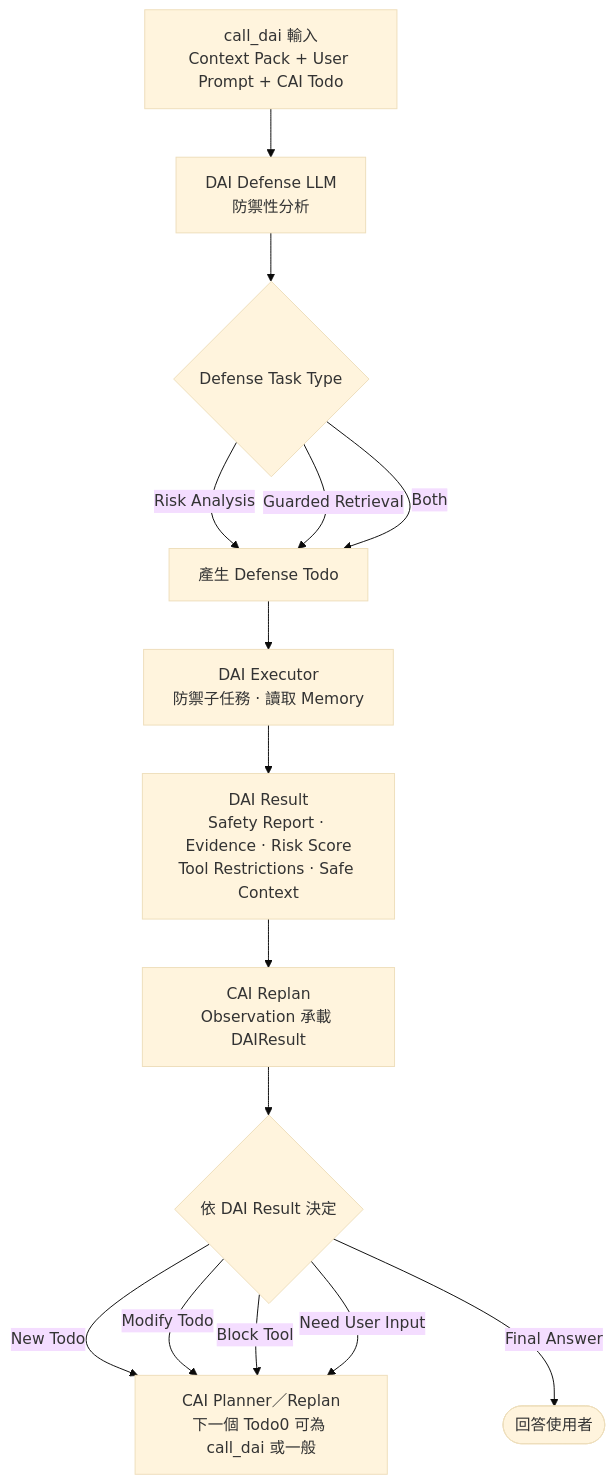
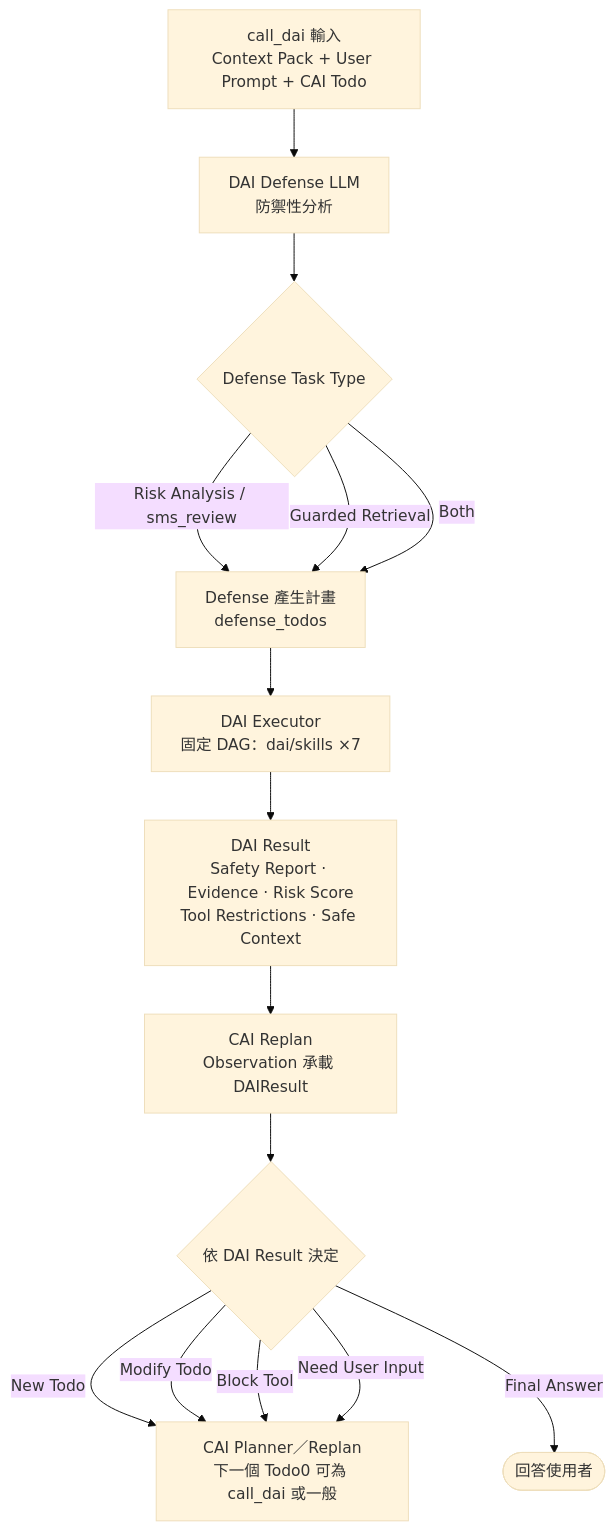
One commit to jayterry/Dual-agent changed the third of 5 diagrams in flow.md. Above: the diagram before and after it, drawn with Mermaid (base theme). The commit also changed 64 other files, not shown here.

First line of the commit message:
Add CAI memory_direct and DAI skill pipeline refactor.

````diff
--- a/flow.md
+++ b/flow.md
@@ -90,26 +90,26 @@
 ```mermaid
 flowchart TD
   IN_DAI[call_dai 輸入<br/>Context Pack + User Prompt + CAI Todo]
 
   IN_DAI --> D_LLM[DAI Defense LLM<br/>防禦性分析]
 
   D_LLM --> DTYPE{Defense Task Type}
 
-  DTYPE -->|Risk Analysis| DTODO[產生 Defense Todo]
+  DTYPE -->|Risk Analysis / sms_review| DTODO[Defense 產生計畫<br/>defense_todos]
   DTYPE -->|Guarded Retrieval| DTODO
   DTYPE -->|Both| DTODO
 
-  DTODO --> D_EX[DAI Executor<br/>防禦子任務 · 讀取 Memory]
+  DTODO --> D_EX[DAI Executor<br/>固定 DAG：dai/skills ×7]
 
   D_EX --> DRES[DAI Result<br/>Safety Report · Evidence · Risk Score<br/>Tool Restrictions · Safe Context]
 
   DRES --> CAI_RP[CAI Replan<br/>Observation 承載 DAIResult]
 
   CAI_RP --> DEC{依 DAI Result 決定}
 
   DEC -->|New Todo| PLN[CAI Planner／Replan<br/>下一個 Todo0 可為 call_dai 或一般]
   DEC -->|Modify Todo| PLN
   DEC -->|Block Tool| PLN
   DEC -->|Need User Input| PLN
   DEC -->|Final Answer| END_U([回答使用者])
 ```
````
